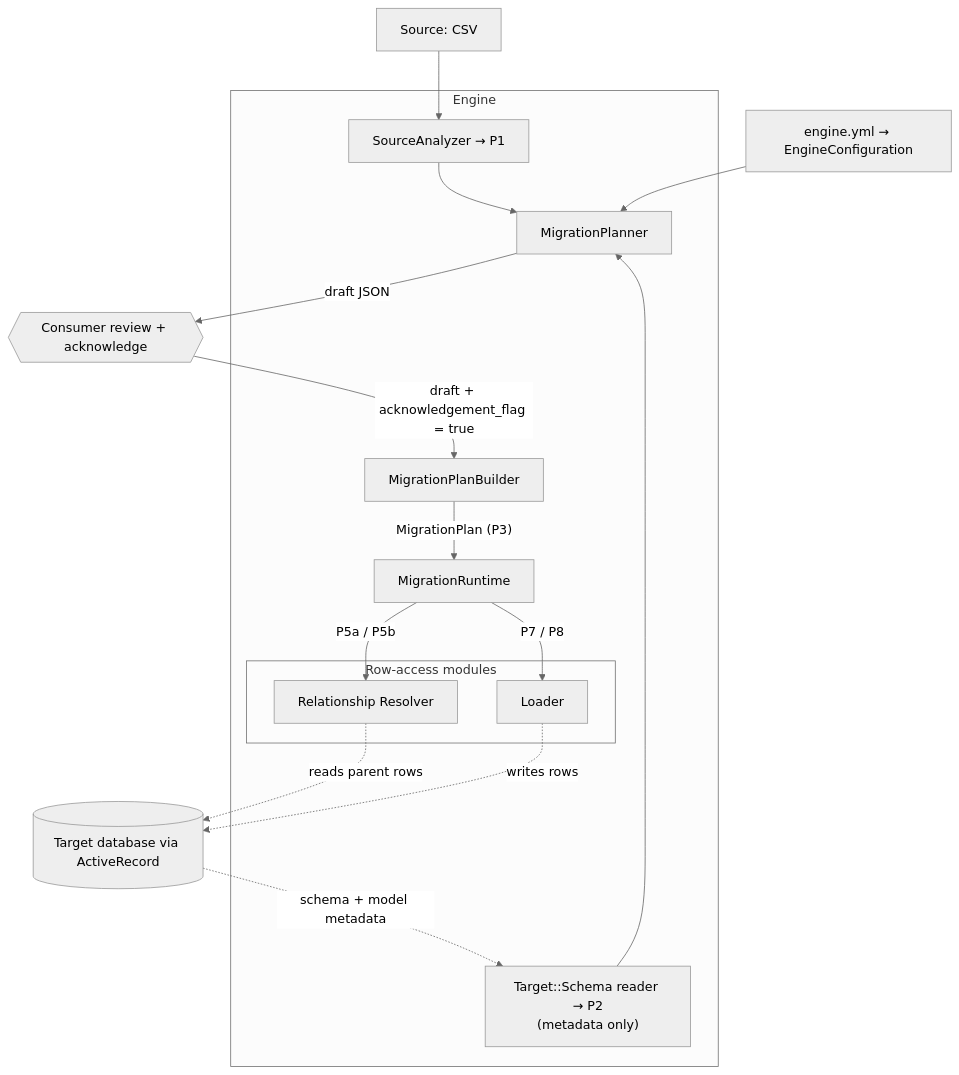
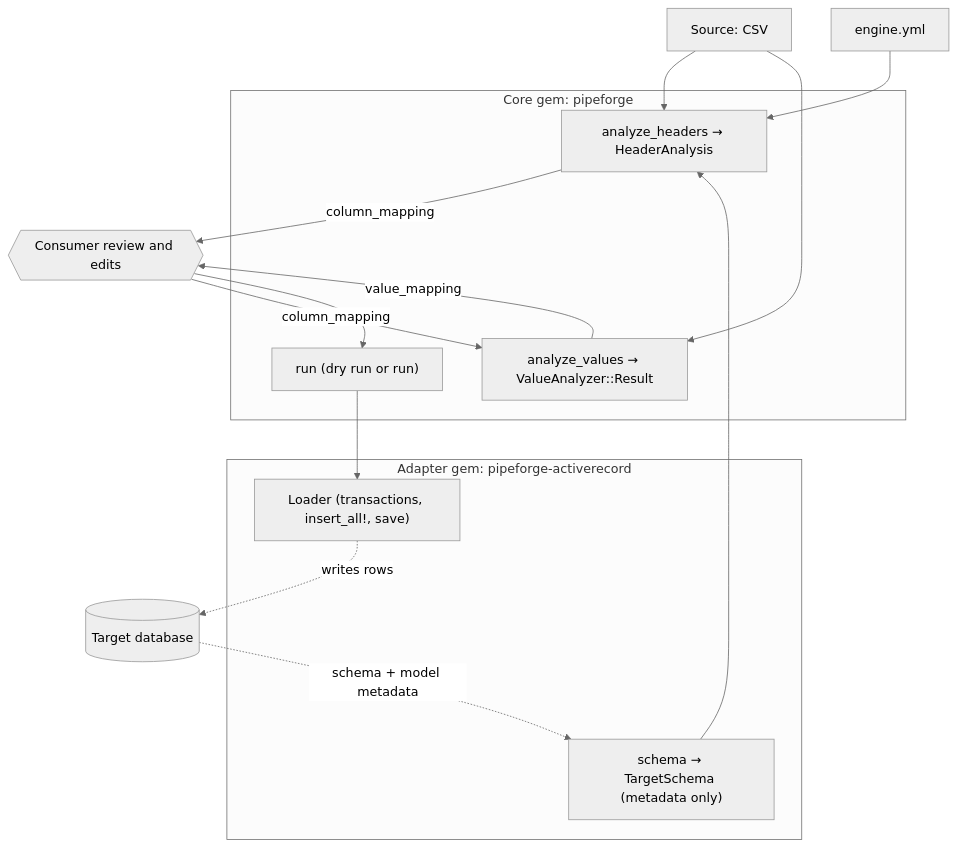
The first of 2 diagrams in docs/architecture/overview.md (venkydev02/Pipeforge), drawn with Mermaid (neutral theme) before and after one commit. The commit also changed other lines of this file and 4 other files, not shown here.

Commit message:
Update architecture and low-level decisions for runtime (#4)

````diff
--- a/docs/architecture/overview.md
+++ b/docs/architecture/overview.md
@@ -63,31 +57,30 @@
 ```mermaid
 flowchart TD
     Source[Source: CSV]
-    DB[(Target database via ActiveRecord)]
-    Config[engine.yml → EngineConfiguration]
+    DB[(Target database)]
+    Config[engine.yml]
 
-    subgraph Engine["Engine"]
-        Analyzer[SourceAnalyzer → P1]
-        Schema["Target::Schema reader → P2<br/>(metadata only)"]
-        Planner[MigrationPlanner]
-        Builder[MigrationPlanBuilder]
-        Runtime[MigrationRuntime]
-        subgraph Rows["Row-access modules"]
-            Resolver[Relationship Resolver]
-            Loader[Loader]
-        end
+    subgraph Core["Core gem: pipeforge"]
+        Headers["analyze_headers → HeaderAnalysis"]
+        Values["analyze_values → ValueAnalyzer::Result"]
+        Runtime["run (dry run or run)"]
     end
 
-    Consumer{{"Consumer review + acknowledge"}}
+    subgraph Adapter["Adapter gem: pipeforge-activerecord"]
+        Schema["schema → TargetSchema (metadata only)"]
+        Loader["Loader (transactions, insert_all!, save)"]
+    end
 
-    Source --> Analyzer --> Planner
-    DB -. "schema + model metadata" .-> Schema --> Planner
-    Config --> Planner
-    Planner -->|"draft JSON"| Consumer
-    Consumer -->|"draft + acknowledgement_flag = true"| Builder
-    Builder -->|"MigrationPlan (P3)"| Runtime
-    Runtime -->|"P5a / P5b"| Resolver
-    Runtime -->|"P7 / P8"| Loader
-    Resolver -. reads parent rows .-> DB
+    Consumer{{"Consumer review and edits"}}
+
+    Source --> Headers
+    DB -. "schema + model metadata" .-> Schema --> Headers
+    Config --> Headers
+    Headers -->|"column_mapping"| Consumer
+    Consumer -->|"column_mapping"| Values
+    Source --> Values
+    Values -->|"value_mapping"| Consumer
+    Consumer --> Runtime
+    Runtime --> Loader
     Loader -. writes rows .-> DB
 ```
````
